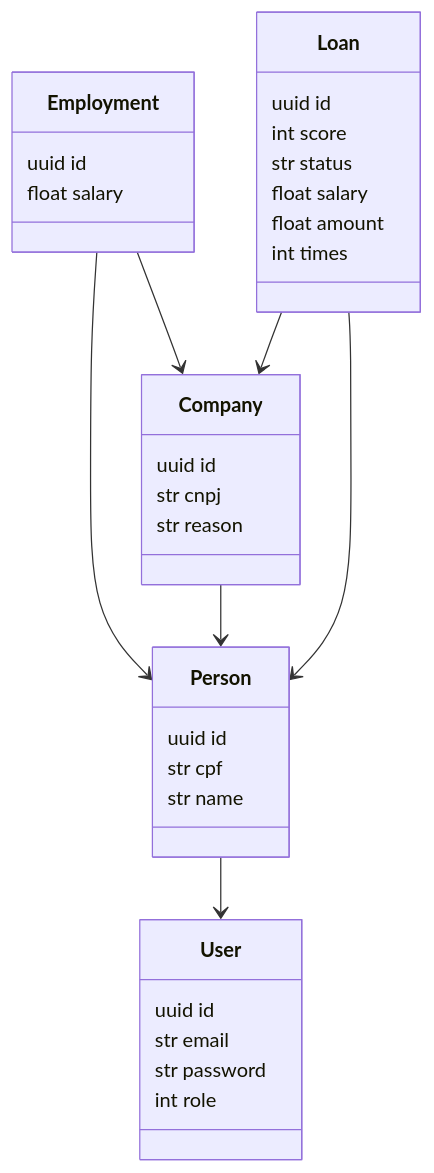
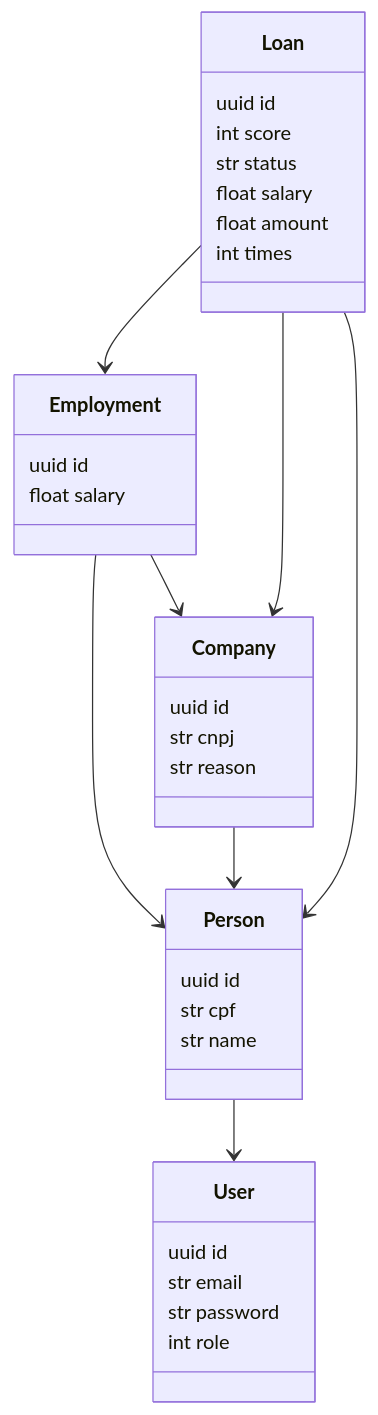
The diagram in README.md (artphil/auto_credit), drawn with Mermaid before and after one commit.

Commit message:
doc: update relationships

````diff
--- a/README.md
+++ b/README.md
@@ -70,28 +70,29 @@
 ```mermaid
 classDiagram
 Person: uuid id
 Person: str cpf
 Person: str name
 User: uuid id
 User: str email
 User: str password
 User: int role
 Company: uuid id
 Company: str cnpj
 Company: str reason
 Employment: uuid id
 Employment: float salary
 Loan: uuid id
 Loan: int score
 Loan: str status
 Loan: float salary
 Loan: float amount
 Loan: int times
 
 Person --> User
 Employment --> Person
 Employment --> Company
 Company --> Person
 Loan --> Person
 Loan --> Company
+Loan --> Employment
 ```
````
